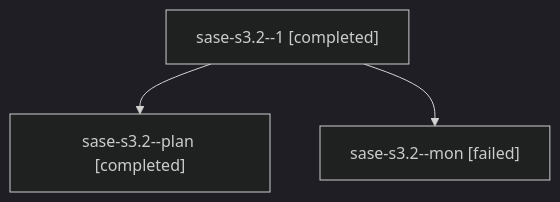
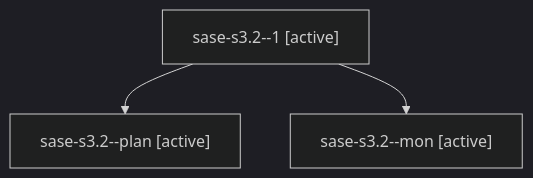
Before and after one commit to sase-org/sase--agents: the diagram in families/bbugyi200.athena.sase-s3.2.md, drawn with Mermaid (dark theme). The commit also changed other lines of this file and 35830 other files, not shown here.

````diff
--- a/families/bbugyi200.athena.sase-s3.2.md
+++ b/families/bbugyi200.athena.sase-s3.2.md
@@ -9,8 +9,8 @@
 ```mermaid
 flowchart TD
-  n0["sase-s3.2--1 [completed]"]
-  n1["sase-s3.2--plan [completed]"]
+  n0["sase-s3.2--1 [active]"]
+  n1["sase-s3.2--plan [active]"]
   n0 --> n1
-  n2["sase-s3.2--mon [failed]"]
+  n2["sase-s3.2--mon [active]"]
   n0 --> n2
 ```
````
